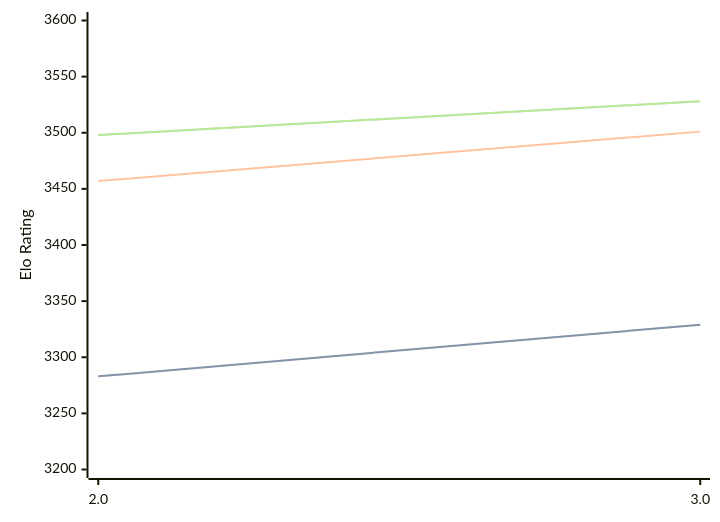
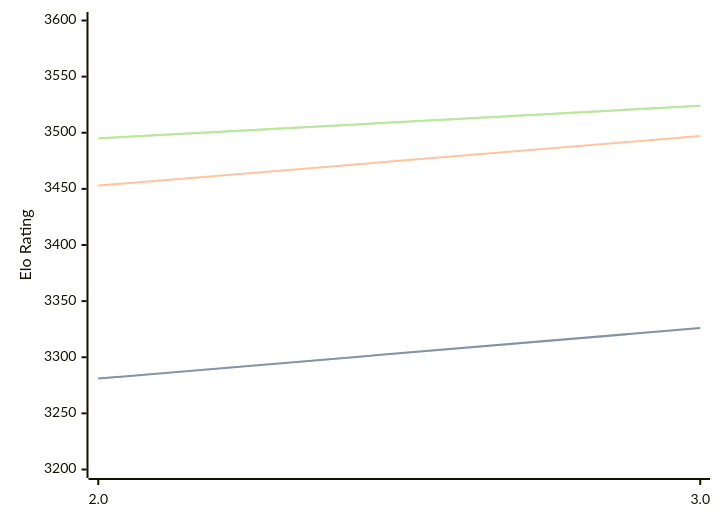
Before and after one commit to computer-chess-index/cci: the diagram in engines/Quanticade.md, drawn with Mermaid. The commit also changed other lines of this file, not shown here.

Commit message:
Update CCI Ratings (ELO VLTC) - 2026-06-08

````diff
--- a/engines/Quanticade.md
+++ b/engines/Quanticade.md
@@ -41,11 +41,11 @@
 ```mermaid
 %%{init: {"theme":"base","themeVariables":{"seriesColors:['#a3a3a3','#222221','#faa371']}}}%%
 xychart-beta
   x-axis ["2.0", "3.0"]
   y-axis "Elo Rating" 3200 --> 3600
-  line "STC (8.0+0.08s)" [3283, 3329]
-  line "STC (8.0+0.08s)" [3283, 3329]
-  line "LTC (60.0+0.60s)" [3457, 3501]
-  line "VLTC (2m24s+1.12s)" [3498, 3528]
-  line "VLTC (2m24s+1.12s)" [3498, 3528]
+  line "STC (8.0+0.08s)" [3281, 3326]
+  line "STC (8.0+0.08s)" [3281, 3326]
+  line "LTC (60.0+0.60s)" [3453, 3497]
+  line "VLTC (2m24s+1.12s)" [3495, 3524]
+  line "VLTC (2m24s+1.12s)" [3495, 3524]
 ```
````
